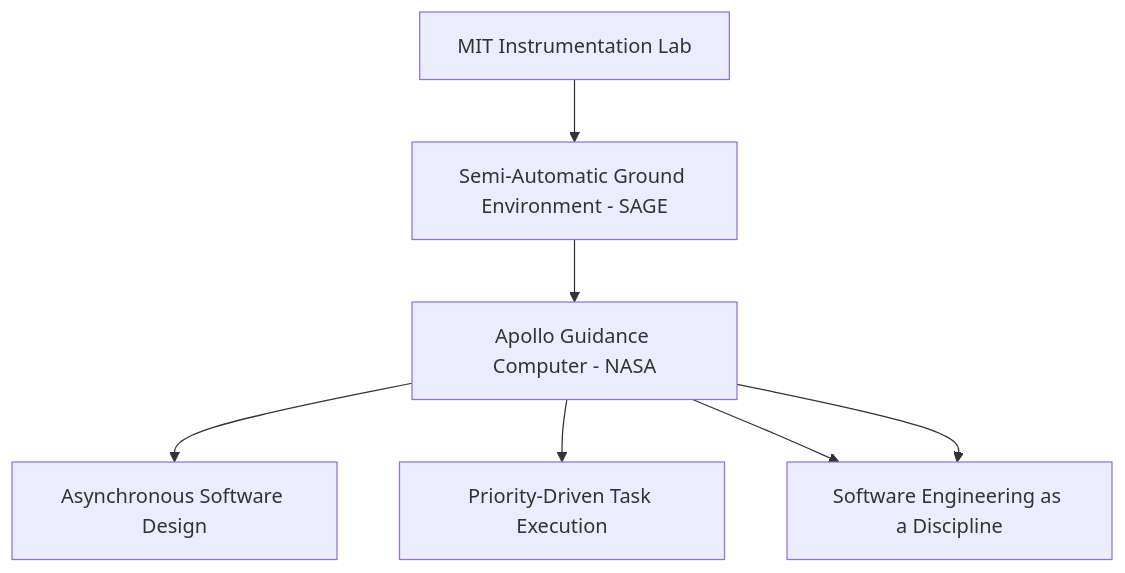
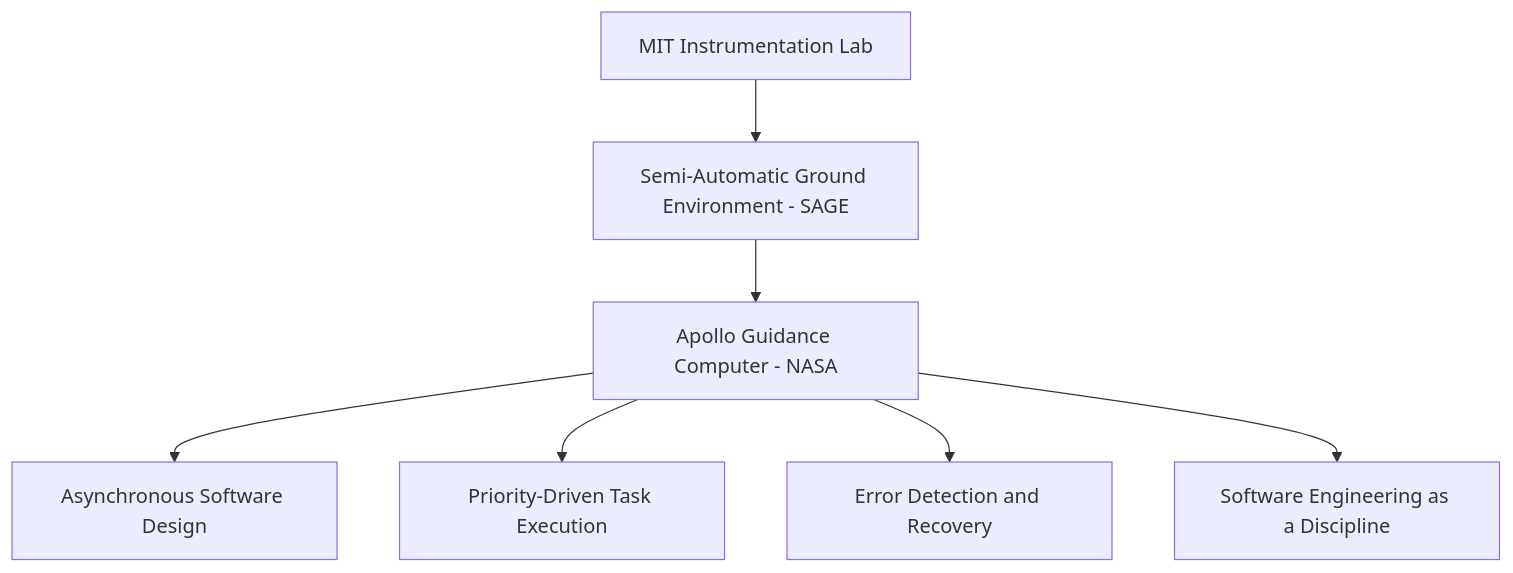
The second of 6 diagrams in pages/act-3.md (Furkanzmc/cppnorth-2024-shoulders-we-stand-on), drawn with Mermaid before and after one commit.

````diff
--- a/pages/act-3.md
+++ b/pages/act-3.md
@@ -207,9 +207,9 @@
 ```mermaid
 graph TD
   A[MIT Instrumentation Lab] --> B[Semi-Automatic Ground Environment - SAGE]
   B --> C[Apollo Guidance Computer - NASA]
   C --> D[Asynchronous Software Design]
   C --> E[Priority-Driven Task Execution]
   C --> F[Error Detection and Recovery]
-  C --> F[Software Engineering as a Discipline]
+  C --> G[Software Engineering as a Discipline]
 ```
````
